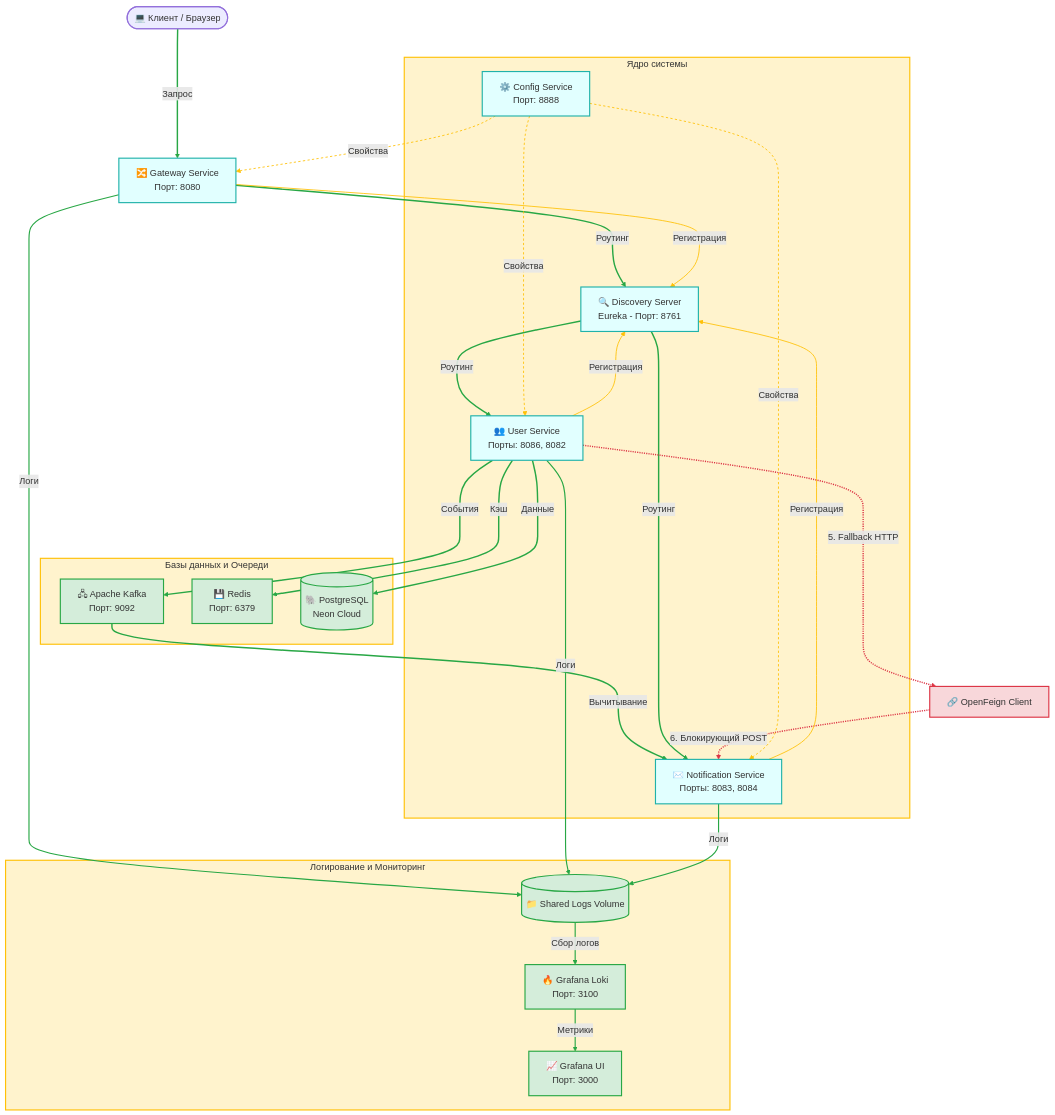
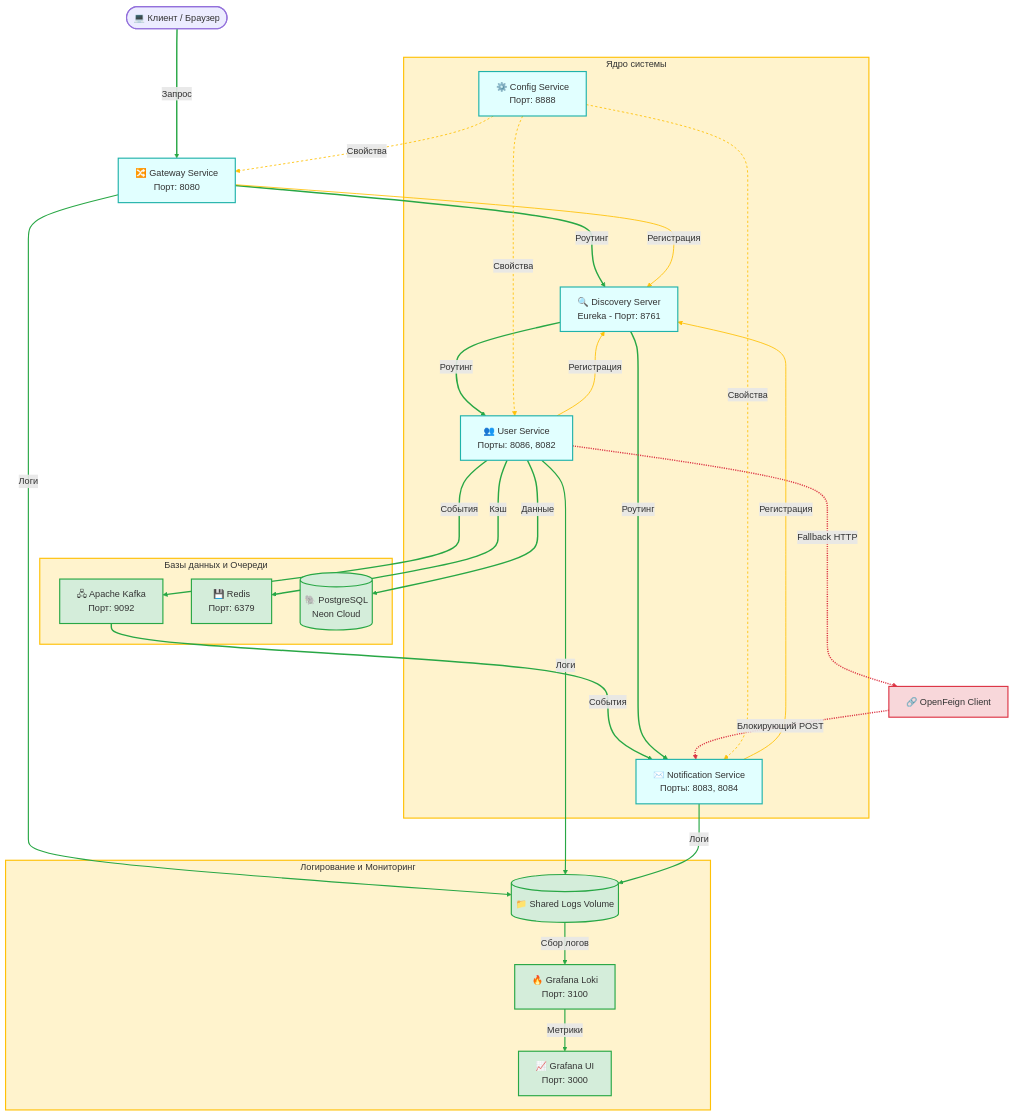
The first of 3 diagrams in README.md (maxitool/user-service), drawn with Mermaid before and after one commit. The commit also changed other lines of this file, not shown here.

```diff
--- a/README.md
+++ b/README.md
@@ -116,13 +116,13 @@
     US --->|Кэш| Redis
     US --->|Данные| DB
     US --->|События| Kafka
-    Kafka --->|Вычитывание| NS
+    Kafka --->|События| NS
     Discovery --->|Роутинг| US
     Discovery --->|Роутинг| NS
     
     %% Группа 1 (индексы 8-9): Аварийный синхронный Fallback
-    US -.->|5. Fallback HTTP| Feign
-    Feign -.->|6. Блокирующий POST| NS
+    US -.->|Fallback HTTP| Feign
+    Feign -.->|Блокирующий POST| NS
 
     %% Группа 2 (индексы 10-12): Конфигурация через Config Server
     Config -.->|Свойства| Gateway
```
